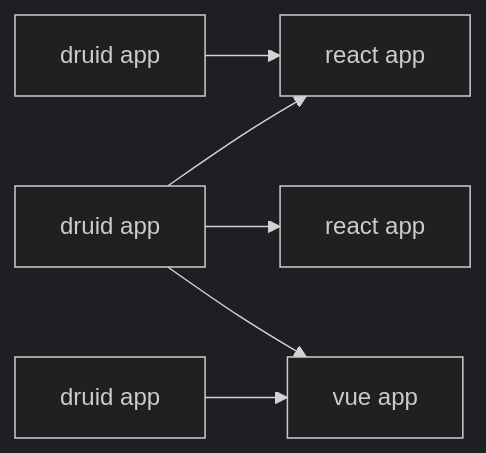
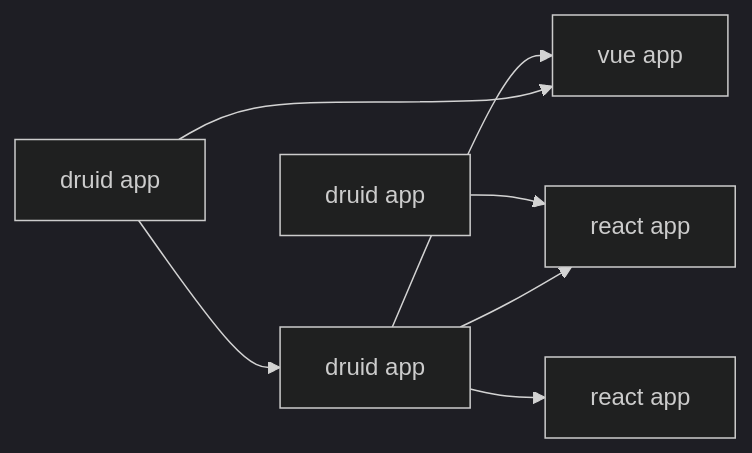
Before and after one commit to rollthecloudinc/quell: the eighth of 8 diagrams in README.md, drawn with Mermaid (dark theme).

````diff
--- a/README.md
+++ b/README.md
@@ -131,8 +131,9 @@
 ```mermaid
 flowchart LR
 ds1[druid app]-->rm1[react app]
 ds2[druid app]-->rm1
 ds2-->rm2[react app]
 ds2-->va1[vue app]
 ds3[druid app]-->va1
+ds3-->ds2
 ```
````
